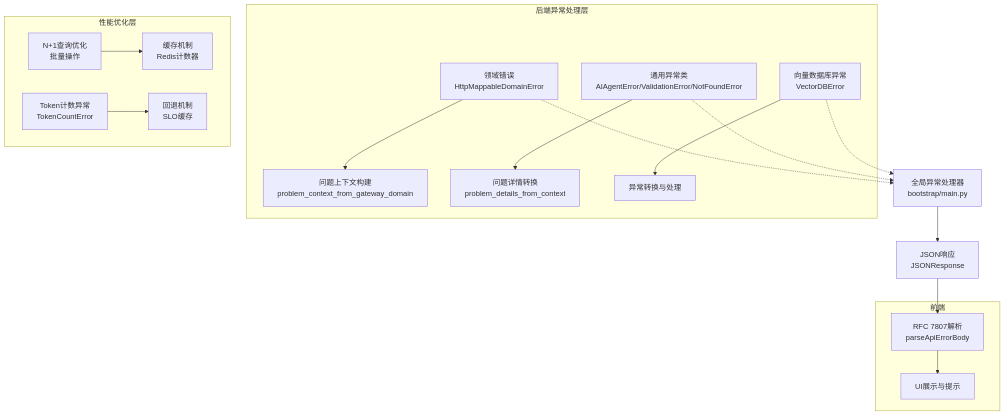
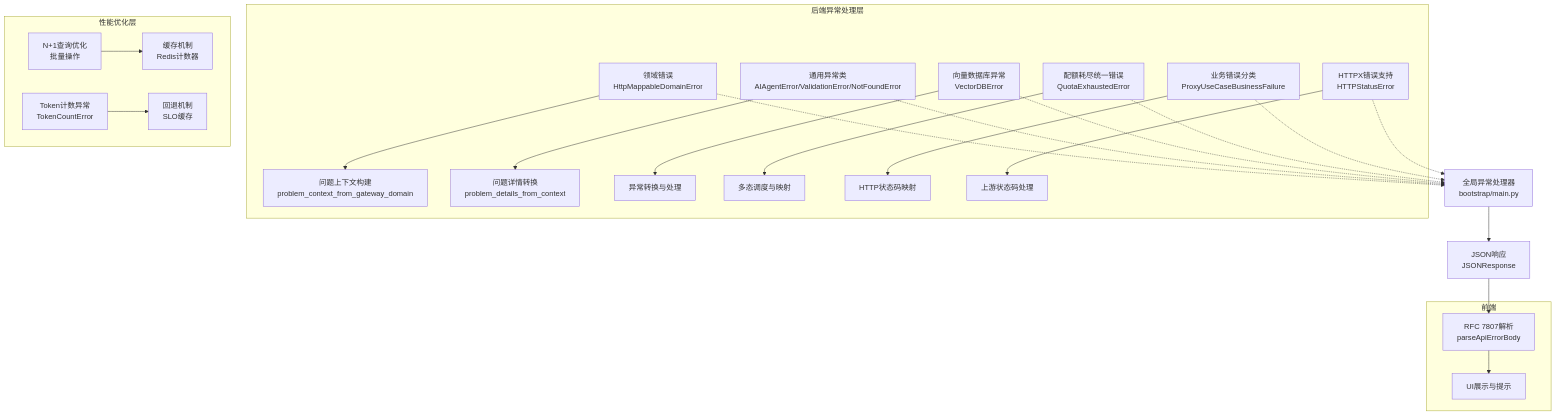
The first of 9 diagrams in .qoder/repowiki/zh/content/后端服务架构/基础设施层/异常处理机制.md (tianyehedashu/ai-agent), drawn with Mermaid before and after one commit. The commit also changed other lines of this file and 50 other files, not shown here.

````diff
--- a/.qoder/repowiki/zh/content/后端服务架构/基础设施层/异常处理机制.md
+++ b/.qoder/repowiki/zh/content/后端服务架构/基础设施层/异常处理机制.md
@@ -56,20 +58,26 @@
 ```mermaid
 graph TB
 subgraph "后端异常处理层"
 A["领域错误<br/>HttpMappableDomainError"] --> B["问题上下文构建<br/>problem_context_from_gateway_domain"]
 C["通用异常类<br/>AIAgentError/ValidationError/NotFoundError"] --> D["问题详情转换<br/>problem_details_from_context"]
 E["向量数据库异常<br/>VectorDBError"] --> F["异常转换与处理"]
+G["配额耗尽统一错误<br/>QuotaExhaustedError"] --> H["多态调度与映射"]
+I["业务错误分类<br/>ProxyUseCaseBusinessFailure"] --> J["HTTP状态码映射"]
+K["HTTPX错误支持<br/>HTTPStatusError"] --> L["上游状态码处理"]
 end
 subgraph "性能优化层"
-G["N+1查询优化<br/>批量操作"] --> H["缓存机制<br/>Redis计数器"]
-I["Token计数异常<br/>TokenCountError"] --> J["回退机制<br/>SLO缓存"]
+M["N+1查询优化<br/>批量操作"] --> N["缓存机制<br/>Redis计数器"]
+O["Token计数异常<br/>TokenCountError"] --> P["回退机制<br/>SLO缓存"]
 end
 subgraph "前端"
-K["RFC 7807解析<br/>parseApiErrorBody"] --> L["UI展示与提示"]
+Q["RFC 7807解析<br/>parseApiErrorBody"] --> R["UI展示与提示"]
 end
-A -.-> M["全局异常处理器<br/>bootstrap/main.py"]
-C -.-> M
-E -.-> M
-M --> N["JSON响应<br/>JSONResponse"]
-N --> K
+A -.-> S["全局异常处理器<br/>bootstrap/main.py"]
+C -.-> S
+E -.-> S
+G -.-> S
+I -.-> S
+K -.-> S
+S --> T["JSON响应<br/>JSONResponse"]
+T --> Q
 ```
````
